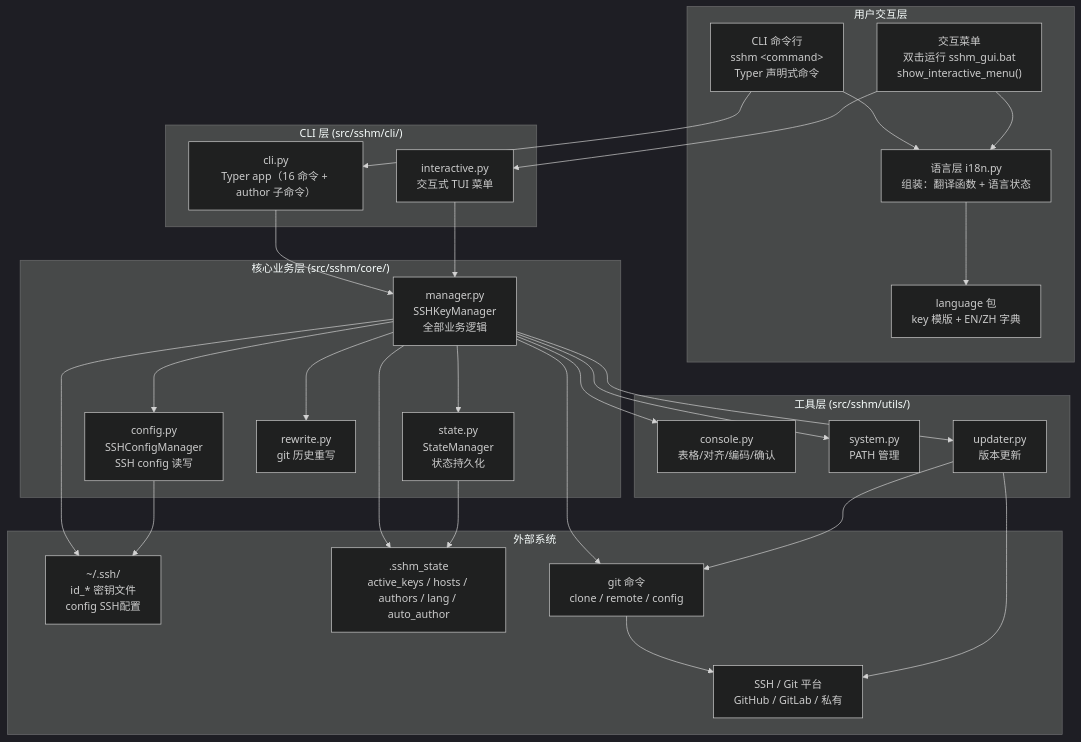
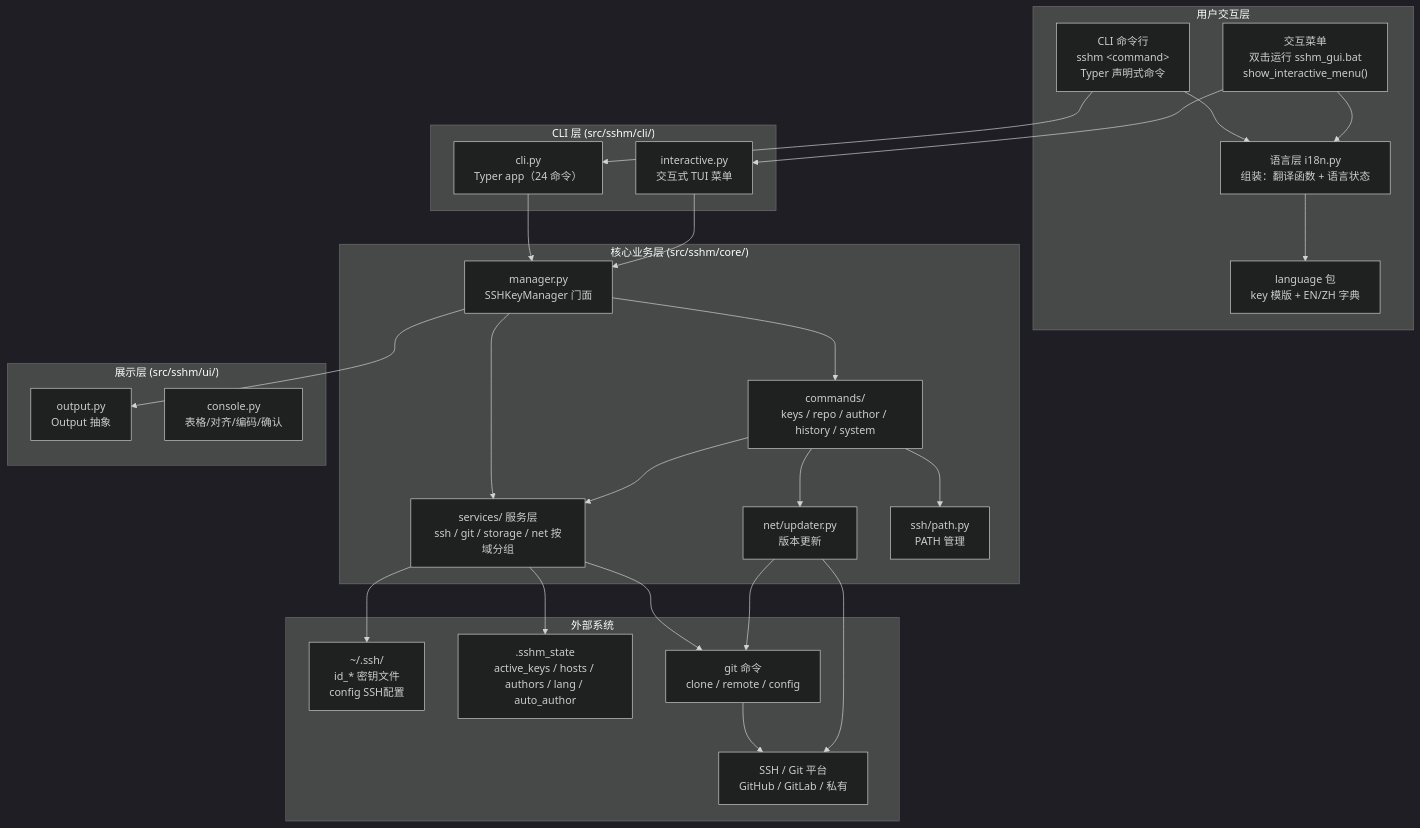
The diagram in docs/architecture.mmd (365tools/SSHKeyManager), drawn with Mermaid (dark theme) before and after one commit. The commit also changed 78 other files, not shown here.

First line of the commit message:
feat: 全面优化 CLI 输出、config language 更名、core 服务分层与质量检查

```diff
--- a/docs/architecture.mmd
+++ b/docs/architecture.mmd
@@ -1,68 +1,64 @@
 %% sshm 架构图
 %% 多账号 Git SSH 密钥管理工具
 flowchart TB
 
     subgraph User["用户交互层"]
         CLI["CLI 命令行<br/>sshm &lt;command&gt;<br/>Typer 声明式命令"]
         GUI["交互菜单<br/>双击运行 sshm_gui.bat<br/>show_interactive_menu()"]
         LANG["语言层 i18n.py<br/>组装：翻译函数 + 语言状态"]
         LANG_PKG["language 包<br/>key 模版 + EN/ZH 字典"]
     end
 
     subgraph Cli["CLI 层 (src/sshm/cli/)"]
-        CLIAPP["cli.py<br/>Typer app（16 命令 + author 子命令）"]
+        CLIAPP["cli.py<br/>Typer app（24 命令）"]
         Interactive["interactive.py<br/>交互式 TUI 菜单"]
     end
 
     subgraph Core["核心业务层 (src/sshm/core/)"]
-        Manager["manager.py<br/>SSHKeyManager<br/>全部业务逻辑"]
-        Config["config.py<br/>SSHConfigManager<br/>SSH config 读写"]
-        State["state.py<br/>StateManager<br/>状态持久化"]
-        Rewrite["rewrite.py<br/>git 历史重写"]
+        Manager["manager.py<br/>SSHKeyManager 门面"]
+        Commands["commands/<br/>keys / repo / author / history / system"]
+        Services["services/ 服务层<br/>ssh / git / storage / net 按域分组"]
+        Updater["net/updater.py<br/>版本更新"]
+        Path["ssh/path.py<br/>PATH 管理"]
     end
 
-    subgraph Utils["工具层 (src/sshm/utils/)"]
+    subgraph UI["展示层 (src/sshm/ui/)"]
+        Output["output.py<br/>Output 抽象"]
         Console["console.py<br/>表格/对齐/编码/确认"]
-        System["system.py<br/>PATH 管理"]
-        Updater["updater.py<br/>版本更新"]
     end
 
     subgraph External["外部系统"]
         SSH_DIR["~/.ssh/<br/>id_* 密钥文件<br/>config SSH配置"]
         STATE_FILE[".sshm_state<br/>active_keys / hosts / authors / lang / auto_author"]
         GIT["git 命令<br/>clone / remote / config"]
         SSHD["SSH / Git 平台<br/>GitHub / GitLab / 私有"]
     end
 
     %% 用户层到 CLI / 语言层
     CLI --> CLIAPP
     GUI --> Interactive
     CLI --> LANG
     GUI --> LANG
     LANG --> LANG_PKG
 
     %% CLI 层到核心层
     CLIAPP --> Manager
     Interactive --> Manager
 
-    %% 核心层内部
-    Manager --> Config
-    Manager --> State
-    Manager --> Rewrite
+    %% 门面到命令编排 / 服务 / 展示抽象
+    Manager --> Commands
+    Manager --> Services
+    Manager --> Output
+    Commands --> Services
+    Commands --> Updater
+    Commands --> Path
 
-    %% 核心层到工具层
-    Manager --> Console
-    Manager --> System
-    Manager --> Updater
-
-    %% 核心层到外部
-    Manager --> SSH_DIR
-    Manager --> STATE_FILE
-    Manager --> GIT
-    Config --> SSH_DIR
-    State --> STATE_FILE
+    %% 服务到数据 / 外部
+    Services --> SSH_DIR
+    Services --> STATE_FILE
+    Services --> GIT
     GIT --> SSHD
 
     %% 更新命令专用路径
     Updater --> GIT
     Updater --> SSHD
```
